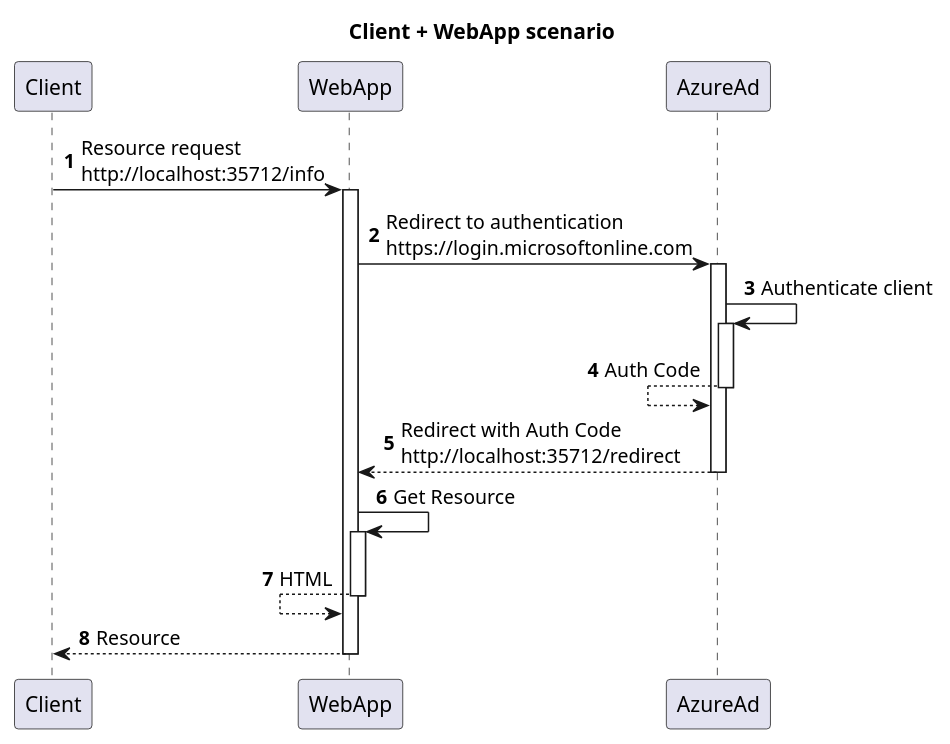
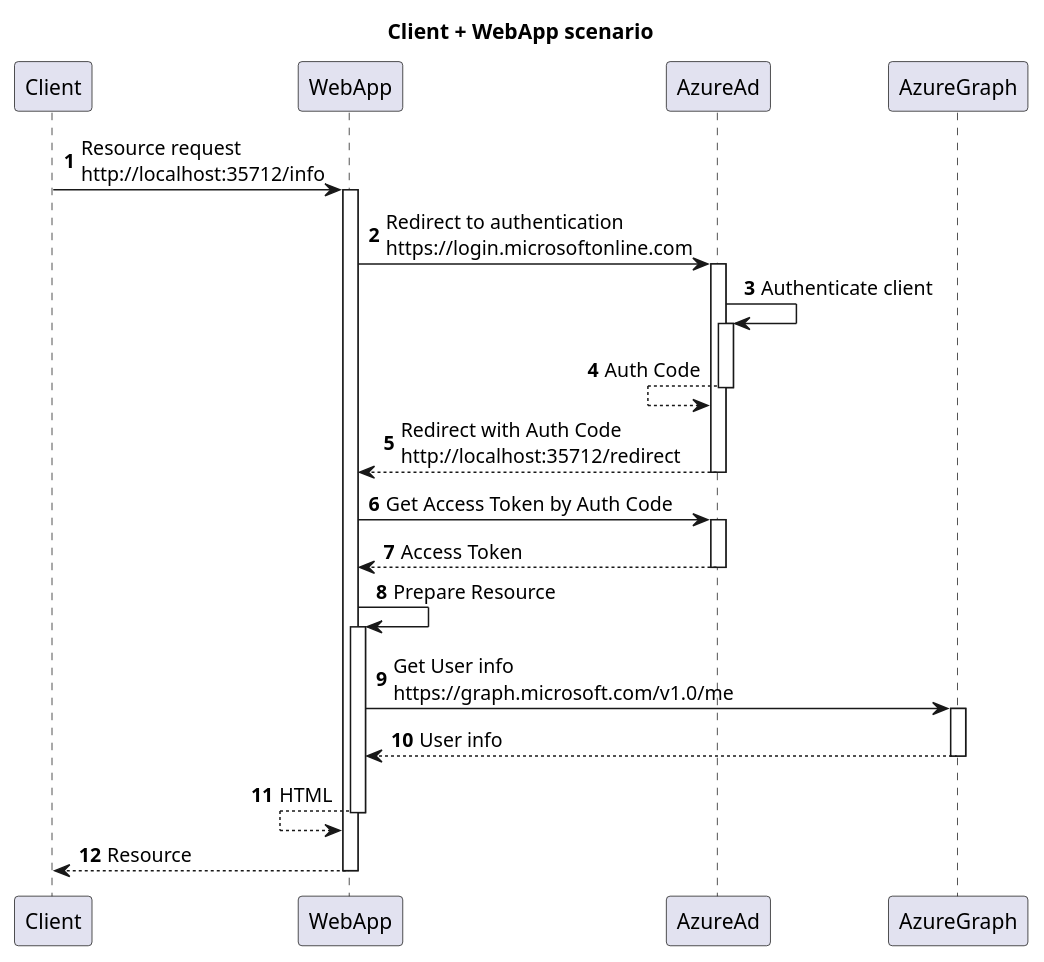
The diagram in Java+/Libs+/Azure+/MSAL/src/azure/flow/authcode/web/web_flow.puml (Aleks-Ya/yaal_examples), drawn with PlantUML before and after one commit. The commit also changed 5 other files, not shown here.

Commit message:
Java: Azure: getting user profile in WebApp

```diff
--- a/Java+/Libs+/Azure+/MSAL/src/azure/flow/authcode/web/web_flow.puml
+++ b/Java+/Libs+/Azure+/MSAL/src/azure/flow/authcode/web/web_flow.puml
@@ -1,17 +1,21 @@
 @startuml
 
 title Client + WebApp scenario
 
 autonumber
 autoactivate on
 
 Client -> WebApp: Resource request\nhttp://localhost:35712/info
 WebApp -> AzureAd: Redirect to authentication\nhttps://login.microsoftonline.com
 AzureAd -> AzureAd: Authenticate client
 AzureAd <-- AzureAd: Auth Code
 WebApp <-- AzureAd: Redirect with Auth Code\nhttp://localhost:35712/redirect
-WebApp -> WebApp: Get Resource
+WebApp -> AzureAd: Get Access Token by Auth Code
+WebApp <-- AzureAd: Access Token
+WebApp -> WebApp: Prepare Resource
+WebApp -> AzureGraph: Get User info\nhttps://graph.microsoft.com/v1.0/me
+WebApp <-- AzureGraph: User info
 WebApp <-- WebApp: HTML
 Client <-- WebApp: Resource
 
 @enduml
```
